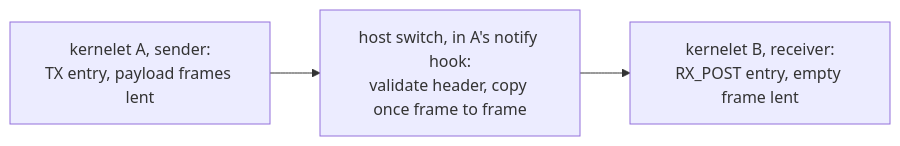
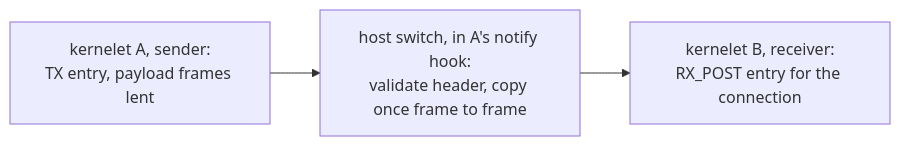
Before and after one commit to tatetian/kernelet-book: the fourth of 4 diagrams in src/blueprint/design/zero-copy-io.md, drawn with Mermaid. The commit also changed other lines of this file and 3 other files, not shown here.

````diff
--- a/src/blueprint/design/zero-copy-io.md
+++ b/src/blueprint/design/zero-copy-io.md
@@ -140,4 +144,4 @@
 ```mermaid
 flowchart LR
-  sa[kernelet A, sender:<br/>TX entry, payload frames lent] --> cp[host switch, in A's notify hook:<br/>validate header, copy once frame to frame] --> rb[kernelet B, receiver:<br/>RX_POST entry, empty frame lent]
+  sa[kernelet A, sender:<br/>TX entry, payload frames lent] --> cp[host switch, in A's notify hook:<br/>validate header, copy once frame to frame] --> rb[kernelet B, receiver:<br/>RX_POST entry for the connection]
 ```
````
